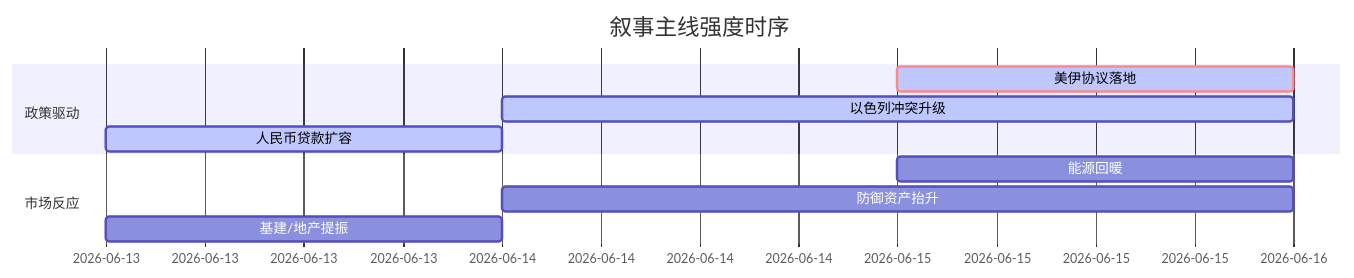
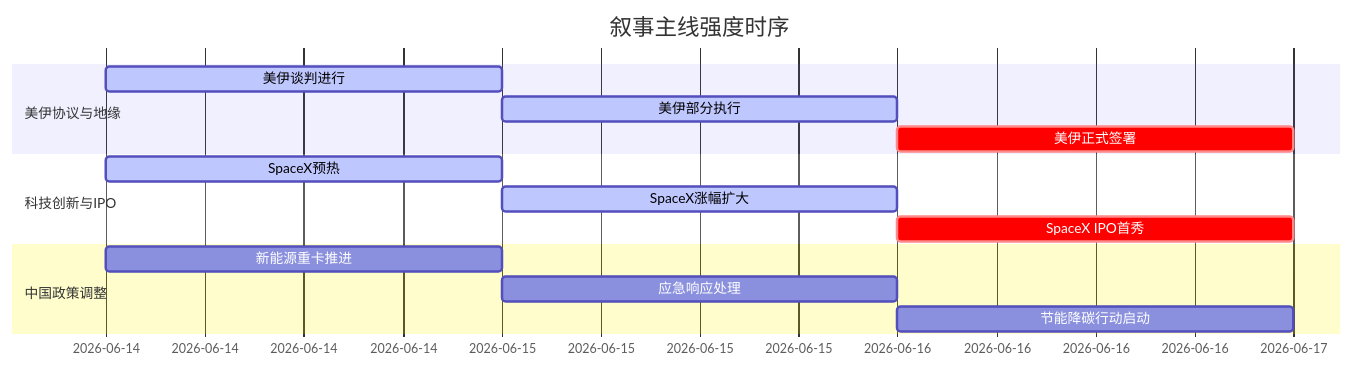
One commit to uu5zn/uu5zn.github.io changed the diagram in 5day_report.md. Above: the diagram before and after it, drawn with Mermaid. The commit also changed other lines of this file and 19 other files, not shown here.

````diff
--- a/5day_report.md
+++ b/5day_report.md
@@ -55,14 +53,19 @@
 ```mermaid
 gantt
     title 叙事主线强度时序
     dateFormat  YYYY-MM-DD
-    section 政策驱动
-    美伊协议落地   :crit, active, 2026-06-15, 1d
-    以色列冲突升级 :active, 2026-06-14, 2d
-    人民币贷款扩容 :active, 2026-06-13, 1d
-
-    section 市场反应
-    能源回暖       :2026-06-15, 1d
-    防御资产抬升   :2026-06-14, 2d
-    基建/地产提振   :2026-06-13, 1d
+    section 美伊协议与地缘
+    美伊谈判进行   :active, 2026-06-14, 1d
+    美伊部分执行   :active, 2026-06-15, 1d
+    美伊正式签署   :crit, 2026-06-16, 1d
+    
+    section 科技创新与IPO
+    SpaceX预热   :active, 2026-06-14, 1d
+    SpaceX涨幅扩大   :active, 2026-06-15, 1d
+    SpaceX IPO首秀   :crit, 2026-06-16, 1d
+    
+    section 中国政策调整
+    新能源重卡推进   :2026-06-14, 1d
+    应急响应处理   :2026-06-15, 1d
+    节能降碳行动启动   :2026-06-16, 1d
 ```
````
